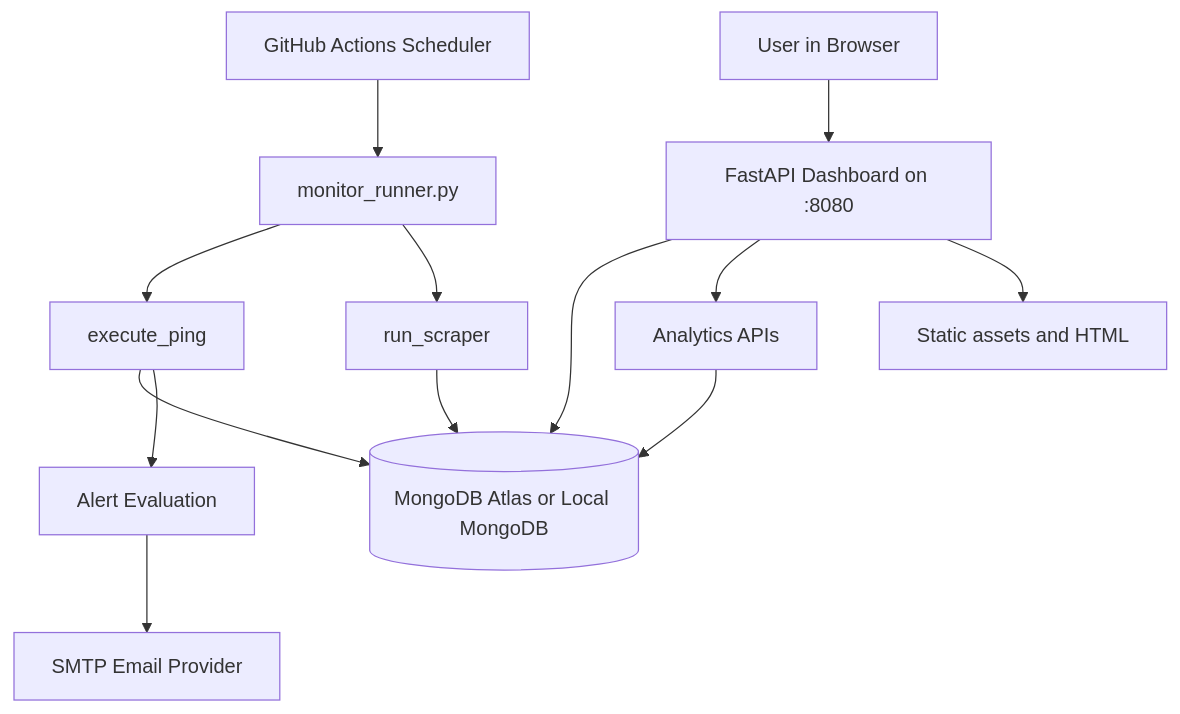
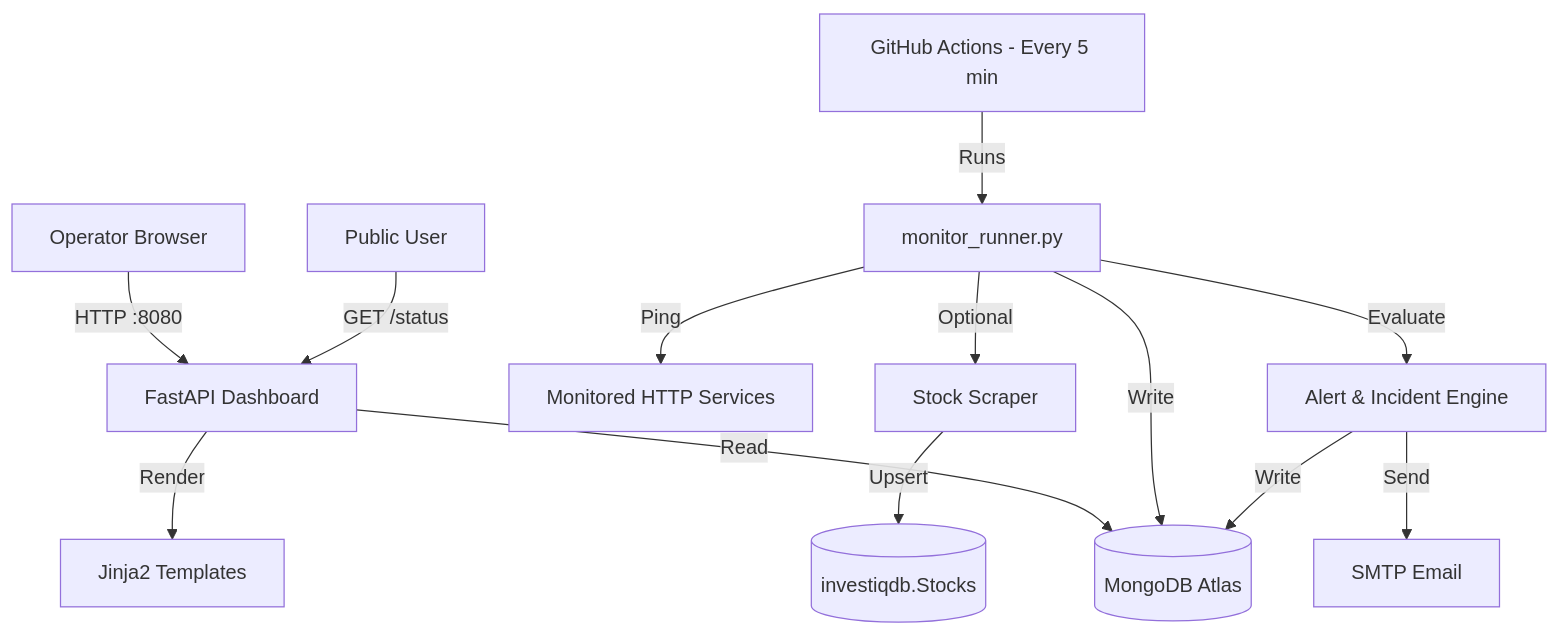
The first of 3 diagrams in README.md (UjjwalSaini07/Server-Guardian), drawn with Mermaid before and after one commit. The commit also changed other lines of this file, not shown here.

````diff
--- a/README.md
+++ b/README.md
@@ -28,17 +118,18 @@
 ```mermaid
 graph TD
-    User[User in Browser] --> Dashboard[FastAPI Dashboard on :8080]
-    Dashboard --> Mongo[(MongoDB Atlas or Local MongoDB)]
+    Browser[Operator Browser] -->|HTTP :8080| Dashboard[FastAPI Dashboard]
+    PublicUser[Public User] -->|GET /status| Dashboard
 
-    GitHubActions[GitHub Actions Scheduler] --> Runner[monitor_runner.py]
-    Runner --> Pinger[execute_ping]
-    Runner --> Scraper[run_scraper]
-    Pinger --> Mongo
-    Scraper --> Mongo
-    Pinger --> Alerts[Alert Evaluation]
-    Alerts --> Email[SMTP Email Provider]
+    Dashboard -->|Read| Mongo[(MongoDB Atlas)]
+    Dashboard -->|Render| Templates[Jinja2 Templates]
 
-    Dashboard --> Analytics[Analytics APIs]
-    Analytics --> Mongo
-    Dashboard --> Static[Static assets and HTML]
+    GHA[GitHub Actions - Every 5 min] -->|Runs| Runner[monitor_runner.py]
+    Runner -->|Ping| Services[Monitored HTTP Services]
+    Runner -->|Write| Mongo
+    Runner -->|Evaluate| AlertEngine[Alert & Incident Engine]
+    AlertEngine -->|Send| SMTP[SMTP Email]
+    AlertEngine -->|Write| Mongo
+
+    Runner -->|Optional| Scraper[Stock Scraper]
+    Scraper -->|Upsert| InvestiqDB[(investiqdb.Stocks)]
 ```
````
